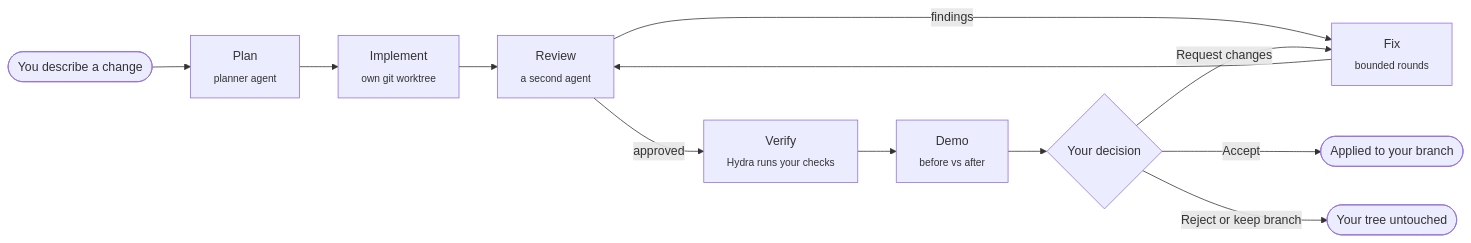
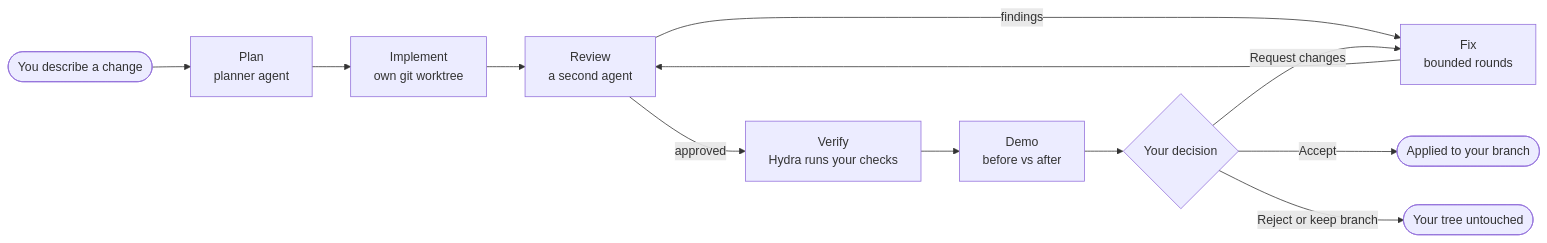
Before and after one commit to MoallaMelek/Hydra-Agent-Orchestrator: the first of 2 diagrams in README.md, drawn with Mermaid. The commit also changed other lines of this file, not shown here.

Commit message:
README: diagrams GitHub can render (plain labels, no inline HTML tags)
Claude-Session: https://claude.ai/code/session_01HtCA6ixxcgZdfA7JCuDFHS

````diff
--- a/README.md
+++ b/README.md
@@ -29,14 +29,14 @@
 ```mermaid
 flowchart LR
-    you([You describe a change]) --> plan[Plan<br/><sub>planner agent</sub>]
-    plan --> impl[Implement<br/><sub>own git worktree</sub>]
-    impl --> review[Review<br/><sub>a second agent</sub>]
-    review -- findings --> fix[Fix<br/><sub>bounded rounds</sub>]
+    you(["You describe a change"]) --> plan["Plan<br/>planner agent"]
+    plan --> impl["Implement<br/>own git worktree"]
+    impl --> review["Review<br/>a second agent"]
+    review -->|findings| fix["Fix<br/>bounded rounds"]
     fix --> review
-    review -- approved --> verify[Verify<br/><sub>Hydra runs your checks</sub>]
-    verify --> demo[Demo<br/><sub>before vs after</sub>]
-    demo --> decide{Your decision}
-    decide -- Accept --> apply([Applied to your branch])
-    decide -- Request changes --> fix
-    decide -- Reject or keep branch --> safe([Your tree untouched])
+    review -->|approved| verify["Verify<br/>Hydra runs your checks"]
+    verify --> demo["Demo<br/>before vs after"]
+    demo --> decide{"Your decision"}
+    decide -->|Accept| apply(["Applied to your branch"])
+    decide -->|Request changes| fix
+    decide -->|Reject or keep branch| safe(["Your tree untouched"])
 ```
````
